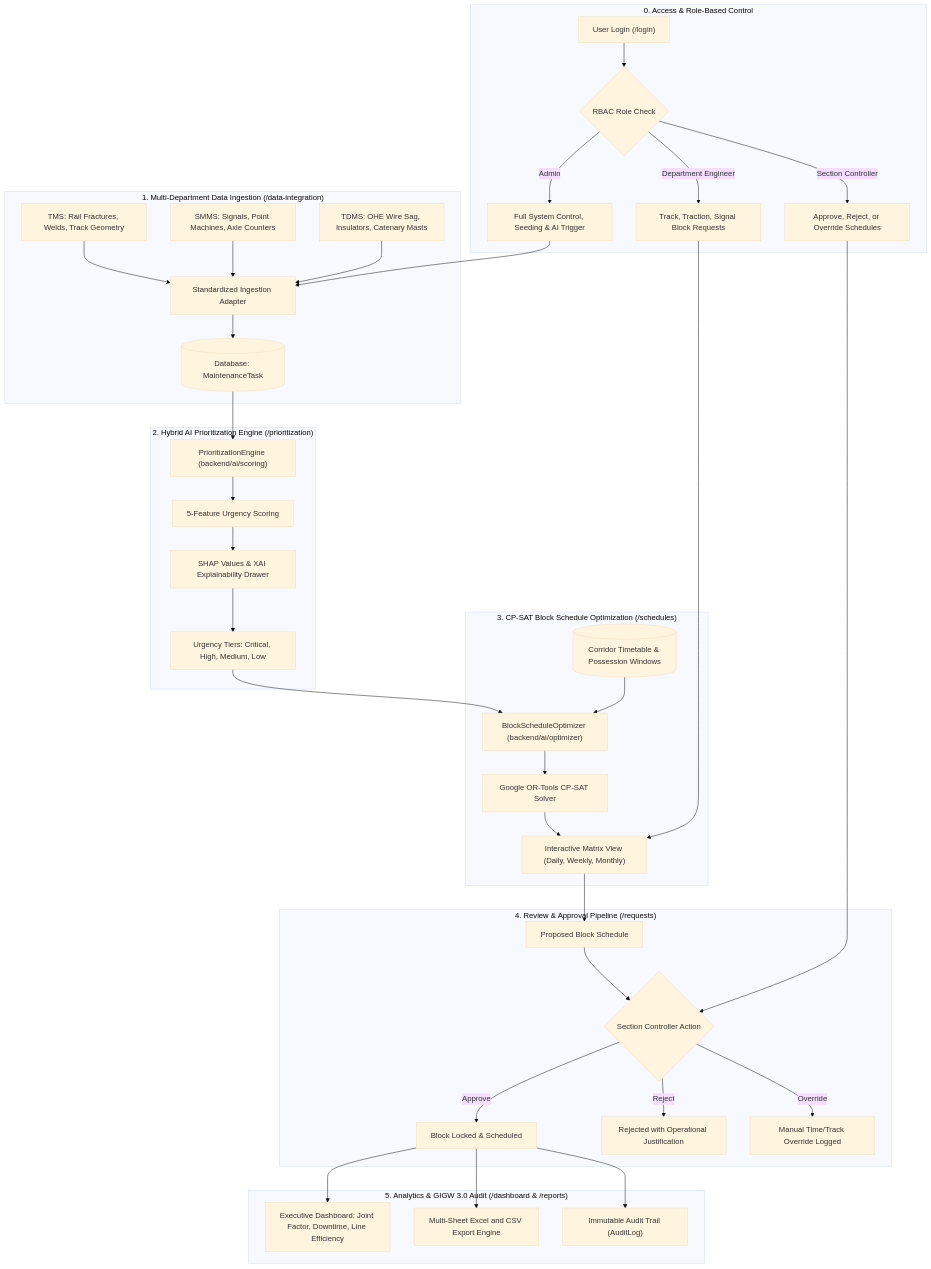
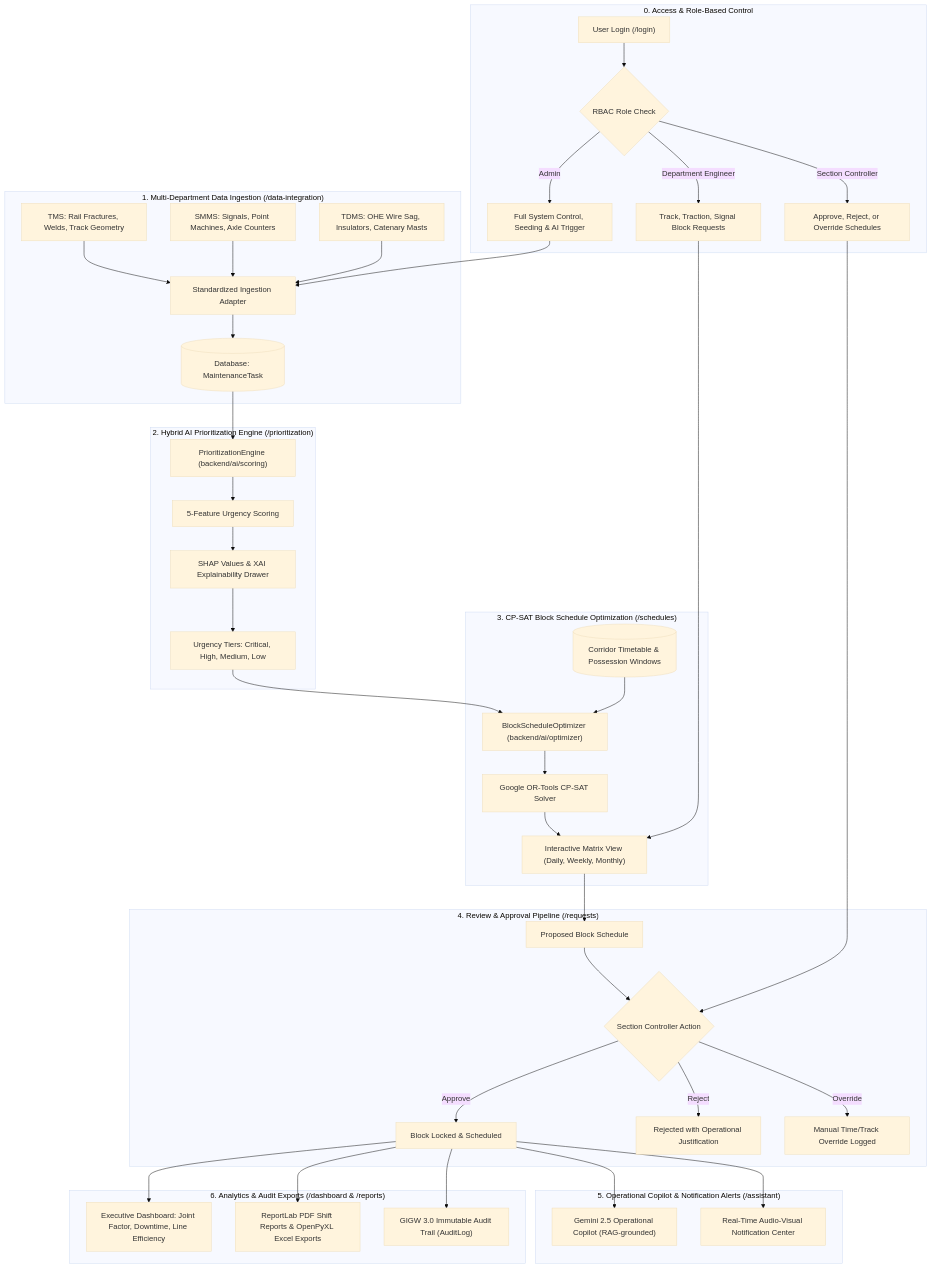
The second of 2 diagrams in README.md (subham120/RailOpt-AI), drawn with Mermaid (base theme) before and after one commit. The commit also changed other lines of this file, not shown here.

Commit message:
docs: update README.md for v2.0 with 18 zones, Gemini assistant, and deployment guides

````diff
--- a/README.md
+++ b/README.md
@@ -98,48 +108,53 @@
 ```mermaid
 flowchart TD
     subgraph S0["0. Access & Role-Based Control"]
         A["User Login (/login)"] --> B{"RBAC Role Check"}
         B -->|"Admin"| C1["Full System Control, Seeding & AI Trigger"]
         B -->|"Section Controller"| C2["Approve, Reject, or Override Schedules"]
         B -->|"Department Engineer"| C3["Track, Traction, Signal Block Requests"]
     end
 
     subgraph S1["1. Multi-Department Data Ingestion (/data-integration)"]
         D1["TMS: Rail Fractures, Welds, Track Geometry"] --> E["Standardized Ingestion Adapter"]
         D2["SMMS: Signals, Point Machines, Axle Counters"] --> E
         D3["TDMS: OHE Wire Sag, Insulators, Catenary Masts"] --> E
         E --> F[("Database: MaintenanceTask")]
     end
 
     subgraph S2["2. Hybrid AI Prioritization Engine (/prioritization)"]
         F --> G["PrioritizationEngine (backend/ai/scoring)"]
         G --> H["5-Feature Urgency Scoring"]
         H --> I["SHAP Values & XAI Explainability Drawer"]
         I --> J["Urgency Tiers: Critical, High, Medium, Low"]
     end
 
     subgraph S3["3. CP-SAT Block Schedule Optimization (/schedules)"]
         J --> K["BlockScheduleOptimizer (backend/ai/optimizer)"]
         L[("Corridor Timetable & Possession Windows")] --> K
         K --> M["Google OR-Tools CP-SAT Solver"]
         M --> N["Interactive Matrix View (Daily, Weekly, Monthly)"]
     end
 
     subgraph S4["4. Review & Approval Pipeline (/requests)"]
         N --> O["Proposed Block Schedule"]
         O --> P{"Section Controller Action"}
         P -->|"Approve"| Q["Block Locked & Scheduled"]
         P -->|"Reject"| R["Rejected with Operational Justification"]
         P -->|"Override"| S["Manual Time/Track Override Logged"]
     end
 
-    subgraph S5["5. Analytics & GIGW 3.0 Audit (/dashboard & /reports)"]
-        Q --> T["Executive Dashboard: Joint Factor, Downtime, Line Efficiency"]
-        Q --> U["Multi-Sheet Excel and CSV Export Engine"]
-        Q --> V["Immutable Audit Trail (AuditLog)"]
+    subgraph S5["5. Operational Copilot & Notification Alerts (/assistant)"]
+        Q --> T["Gemini 2.5 Operational Copilot (RAG-grounded)"]
+        Q --> U["Real-Time Audio-Visual Notification Center"]
+    end
+
+    subgraph S6["6. Analytics & Audit Exports (/dashboard & /reports)"]
+        Q --> V["Executive Dashboard: Joint Factor, Downtime, Line Efficiency"]
+        Q --> W["ReportLab PDF Shift Reports & OpenPyXL Excel Exports"]
+        Q --> X["GIGW 3.0 Immutable Audit Trail (AuditLog)"]
     end
 
     C1 --> E
     C2 --> P
     C3 --> N
 ```
````
